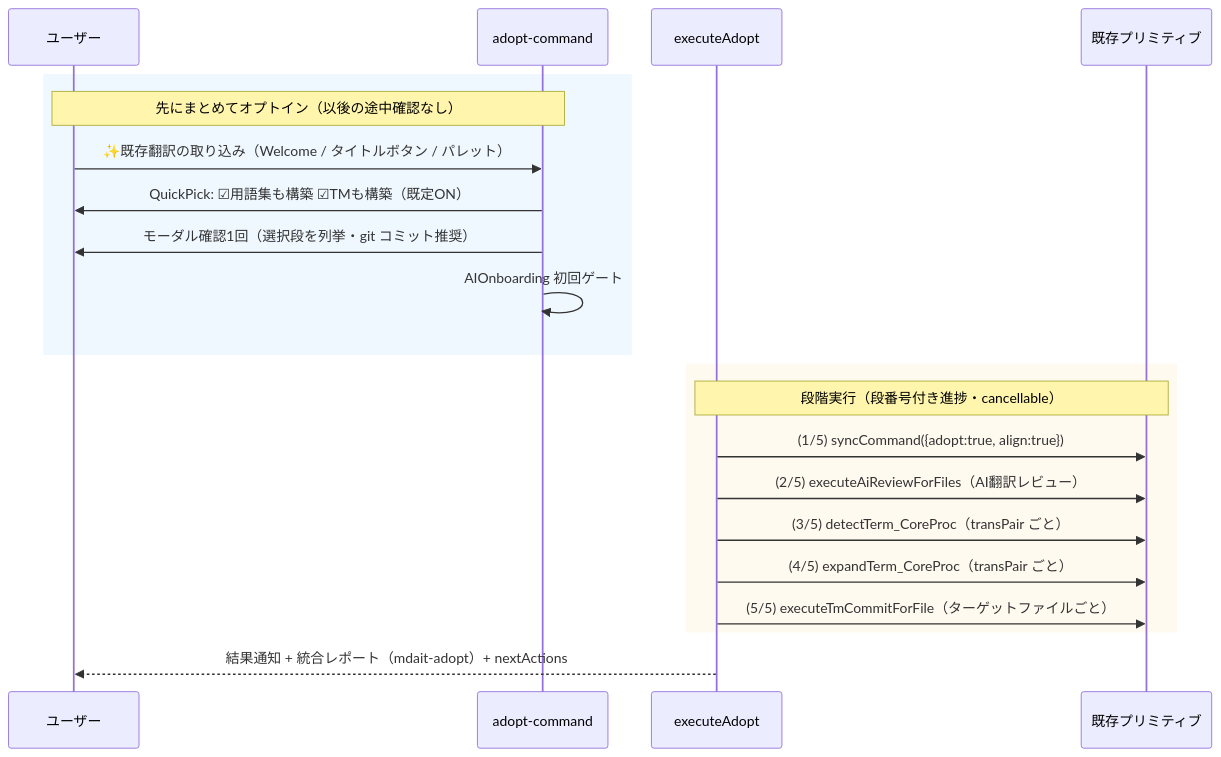
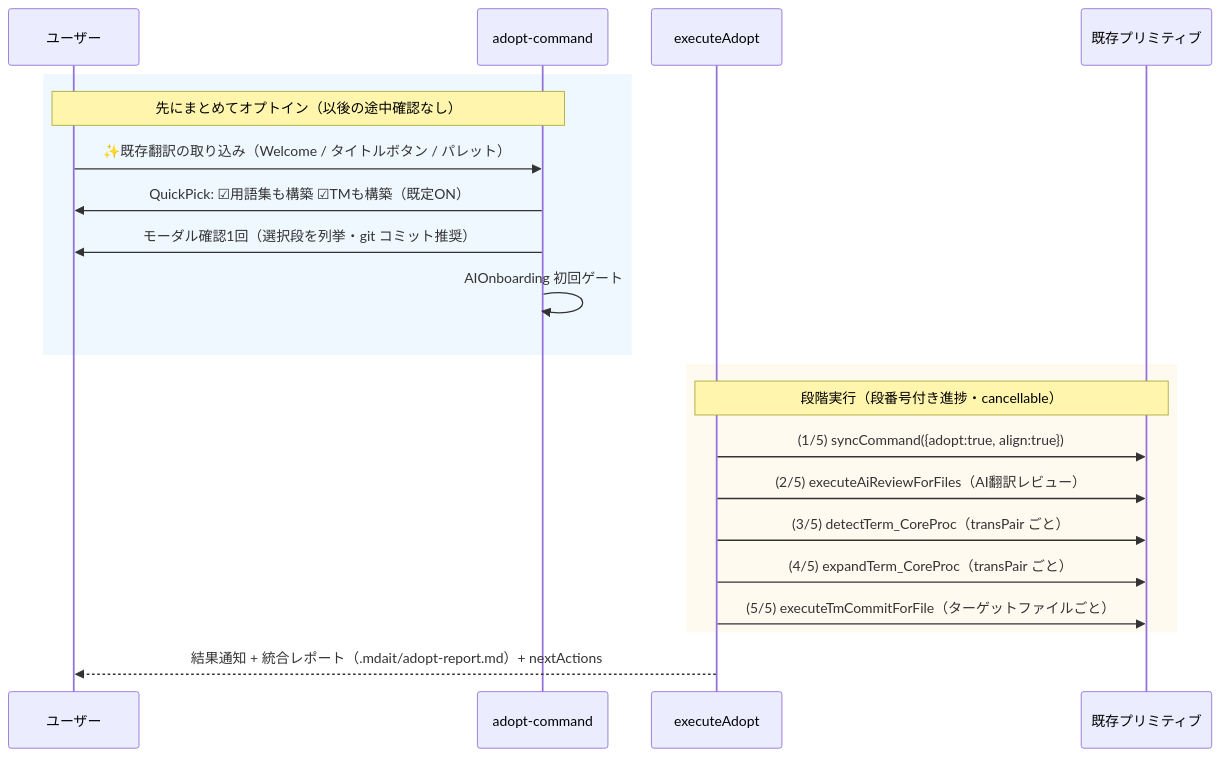
Before and after one commit to mochimochiki/mdait: the diagram in docs/design/command_adopt.md, drawn with Mermaid. The commit also changed other lines of this file and 45 other files, not shown here.

````diff
--- a/docs/design/command_adopt.md
+++ b/docs/design/command_adopt.md
@@ -21,23 +21,23 @@
 ```mermaid
 sequenceDiagram
     participant U as ユーザー
     participant Cmd as adopt-command
     participant Core as executeAdopt
     participant Prim as 既存プリミティブ
     rect rgb(240, 248, 255)
     Note over U,Cmd: 先にまとめてオプトイン（以後の途中確認なし）
     U->>Cmd: ✨既存翻訳の取り込み（Welcome / タイトルボタン / パレット）
     Cmd->>U: QuickPick: ☑用語集も構築 ☑TMも構築（既定ON）
     Cmd->>U: モーダル確認1回（選択段を列挙・git コミット推奨）
     Cmd->>Cmd: AIOnboarding 初回ゲート
     end
     rect rgb(255, 250, 240)
     Note over Core,Prim: 段階実行（段番号付き進捗・cancellable）
     Core->>Prim: (1/5) syncCommand({adopt:true, align:true})
     Core->>Prim: (2/5) executeAiReviewForFiles（AI翻訳レビュー）
     Core->>Prim: (3/5) detectTerm_CoreProc（transPair ごと）
     Core->>Prim: (4/5) expandTerm_CoreProc（transPair ごと）
     Core->>Prim: (5/5) executeTmCommitForFile（ターゲットファイルごと）
     end
-    Core-->>U: 結果通知 + 統合レポート（mdait-adopt）+ nextActions
+    Core-->>U: 結果通知 + 統合レポート（.mdait/adopt-report.md）+ nextActions
 ```
````
